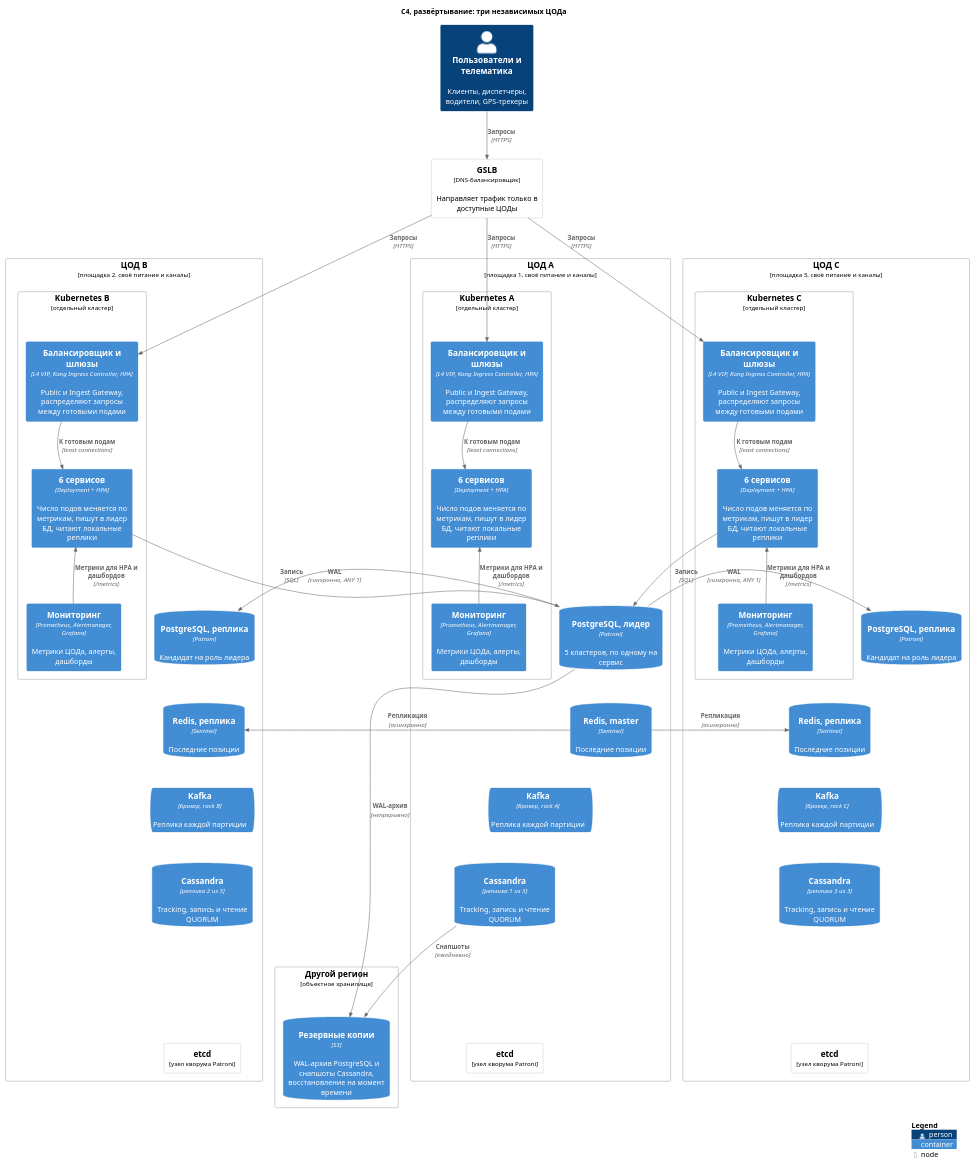
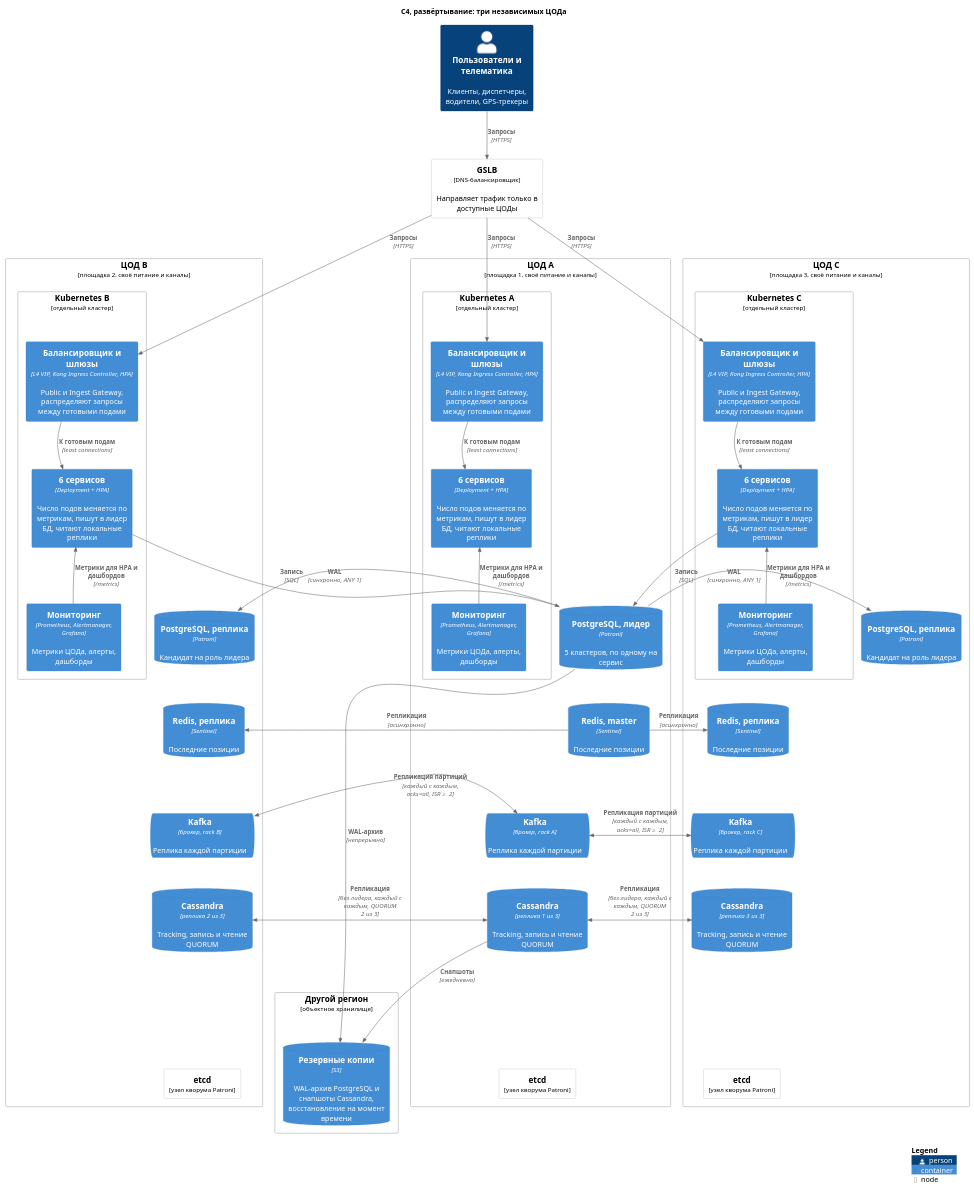
One commit to Yagiar/MicroservicesItmo changed the diagram in 1_lab/diagrams/c4-deployment.puml. Above: the diagram before and after it, drawn with PlantUML. The commit also changed 1 other file, not shown here.

```diff
--- a/1_lab/diagrams/c4-deployment.puml
+++ b/1_lab/diagrams/c4-deployment.puml
@@ -1,100 +1,106 @@
 @startuml c4-deployment
 !include <C4/C4_Deployment>
 
 title C4, развёртывание: три независимых ЦОДа
 
 Person(users, "Пользователи и телематика", "Клиенты, диспетчеры, водители, GPS-трекеры")
 Deployment_Node(gslb, "GSLB", "DNS-балансировщик", "Направляет трафик только в доступные ЦОДы")
 
 Deployment_Node(dc_a, "ЦОД A", "площадка 1, своё питание и каналы") {
   Deployment_Node(k8s_a, "Kubernetes A", "отдельный кластер") {
     Container(gw_a, "Балансировщик и шлюзы", "L4 VIP, Kong Ingress Controller, HPA", "Public и Ingest Gateway, распределяют запросы между готовыми подами")
     Container(apps_a, "6 сервисов", "Deployment + HPA", "Число подов меняется по метрикам, пишут в лидер БД, читают локальные реплики")
     Container(mon_a, "Мониторинг", "Prometheus, Alertmanager, Grafana", "Метрики ЦОДа, алерты, дашборды")
   }
   ContainerDb(pg_a, "PostgreSQL, лидер", "Patroni", "5 кластеров, по одному на сервис")
   ContainerDb(cass_a, "Cassandra", "реплика 1 из 3", "Tracking, запись и чтение QUORUM")
   ContainerQueue(kafka_a, "Kafka", "брокер, rack A", "Реплика каждой партиции")
   ContainerDb(redis_a, "Redis, master", "Sentinel", "Последние позиции")
   Deployment_Node(etcd_a, "etcd", "узел кворума Patroni")
 }
 
 Deployment_Node(dc_b, "ЦОД B", "площадка 2, своё питание и каналы") {
   Deployment_Node(k8s_b, "Kubernetes B", "отдельный кластер") {
     Container(gw_b, "Балансировщик и шлюзы", "L4 VIP, Kong Ingress Controller, HPA", "Public и Ingest Gateway, распределяют запросы между готовыми подами")
     Container(apps_b, "6 сервисов", "Deployment + HPA", "Число подов меняется по метрикам, пишут в лидер БД, читают локальные реплики")
     Container(mon_b, "Мониторинг", "Prometheus, Alertmanager, Grafana", "Метрики ЦОДа, алерты, дашборды")
   }
   ContainerDb(pg_b, "PostgreSQL, реплика", "Patroni", "Кандидат на роль лидера")
   ContainerDb(cass_b, "Cassandra", "реплика 2 из 3", "Tracking, запись и чтение QUORUM")
   ContainerQueue(kafka_b, "Kafka", "брокер, rack B", "Реплика каждой партиции")
   ContainerDb(redis_b, "Redis, реплика", "Sentinel", "Последние позиции")
   Deployment_Node(etcd_b, "etcd", "узел кворума Patroni")
 }
 
 Deployment_Node(dc_c, "ЦОД C", "площадка 3, своё питание и каналы") {
   Deployment_Node(k8s_c, "Kubernetes C", "отдельный кластер") {
     Container(gw_c, "Балансировщик и шлюзы", "L4 VIP, Kong Ingress Controller, HPA", "Public и Ingest Gateway, распределяют запросы между готовыми подами")
     Container(apps_c, "6 сервисов", "Deployment + HPA", "Число подов меняется по метрикам, пишут в лидер БД, читают локальные реплики")
     Container(mon_c, "Мониторинг", "Prometheus, Alertmanager, Grafana", "Метрики ЦОДа, алерты, дашборды")
   }
   ContainerDb(pg_c, "PostgreSQL, реплика", "Patroni", "Кандидат на роль лидера")
   ContainerDb(cass_c, "Cassandra", "реплика 3 из 3", "Tracking, запись и чтение QUORUM")
   ContainerQueue(kafka_c, "Kafka", "брокер, rack C", "Реплика каждой партиции")
   ContainerDb(redis_c, "Redis, реплика", "Sentinel", "Последние позиции")
   Deployment_Node(etcd_c, "etcd", "узел кворума Patroni")
 }
 
 Deployment_Node(region2, "Другой регион", "объектное хранилище") {
   ContainerDb(backup, "Резервные копии", "S3", "WAL-архив PostgreSQL и снапшоты Cassandra, восстановление на момент времени")
 }
 
 Rel(users, gslb, "Запросы", "HTTPS")
 Rel(gslb, gw_a, "Запросы", "HTTPS")
 Rel(gslb, gw_b, "Запросы", "HTTPS")
 Rel(gslb, gw_c, "Запросы", "HTTPS")
 
 Rel(gw_a, apps_a, "К готовым подам", "least connections")
 Rel(gw_b, apps_b, "К готовым подам", "least connections")
 Rel(gw_c, apps_c, "К готовым подам", "least connections")
 Rel(mon_a, apps_a, "Метрики для HPA и дашбордов", "/metrics")
 Rel(mon_b, apps_b, "Метрики для HPA и дашбордов", "/metrics")
 Rel(mon_c, apps_c, "Метрики для HPA и дашбордов", "/metrics")
 
 Rel(apps_b, pg_a, "Запись", "SQL")
 Rel(apps_c, pg_a, "Запись", "SQL")
 Rel_L(pg_a, pg_b, "WAL", "синхронно, ANY 1")
 Rel_R(pg_a, pg_c, "WAL", "синхронно, ANY 1")
 Rel_L(redis_a, redis_b, "Репликация", "асинхронно")
 Rel_R(redis_a, redis_c, "Репликация", "асинхронно")
+' Без лидера: узлы равны, координатор пишет во все 3 реплики и ждёт 2; связь B-C не рисуем, она ломает раскладку
+BiRel_L(cass_a, cass_b, "Репликация", "без лидера, каждый с каждым, QUORUM 2 из 3")
+BiRel_R(cass_a, cass_c, "Репликация", "без лидера, каждый с каждым, QUORUM 2 из 3")
+' Лидеры партиций распределены по всем брокерам, ведомые копируют с лидера
+BiRel_L(kafka_a, kafka_b, "Репликация партиций", "каждый с каждым, acks=all, ISR ≥ 2")
+BiRel_R(kafka_a, kafka_c, "Репликация партиций", "каждый с каждым, acks=all, ISR ≥ 2")
 
 Rel(pg_a, backup, "WAL-архив", "непрерывно")
 Rel(cass_a, backup, "Снапшоты", "ежедневно")
 
 ' Раскладка: ЦОДы тремя колонками, A в центре, внутри ЦОДа один порядок сверху вниз
 Lay_R(gw_b, gw_a)
 Lay_R(gw_a, gw_c)
 Lay_D(gw_a, apps_a)
 Lay_R(apps_a, mon_a)
 Lay_D(apps_a, pg_a)
 Lay_D(pg_a, redis_a)
 Lay_D(redis_a, kafka_a)
 Lay_D(kafka_a, cass_a)
 Lay_D(cass_a, etcd_a)
 Lay_D(gw_b, apps_b)
 Lay_R(apps_b, mon_b)
 Lay_D(apps_b, pg_b)
 Lay_D(pg_b, redis_b)
 Lay_D(redis_b, kafka_b)
 Lay_D(kafka_b, cass_b)
 Lay_D(cass_b, etcd_b)
 Lay_D(gw_c, apps_c)
 Lay_R(apps_c, mon_c)
 Lay_D(apps_c, pg_c)
 Lay_D(pg_c, redis_c)
 Lay_D(redis_c, kafka_c)
 Lay_D(kafka_c, cass_c)
 Lay_D(cass_c, etcd_c)
 
 SHOW_LEGEND()
 @enduml
```
